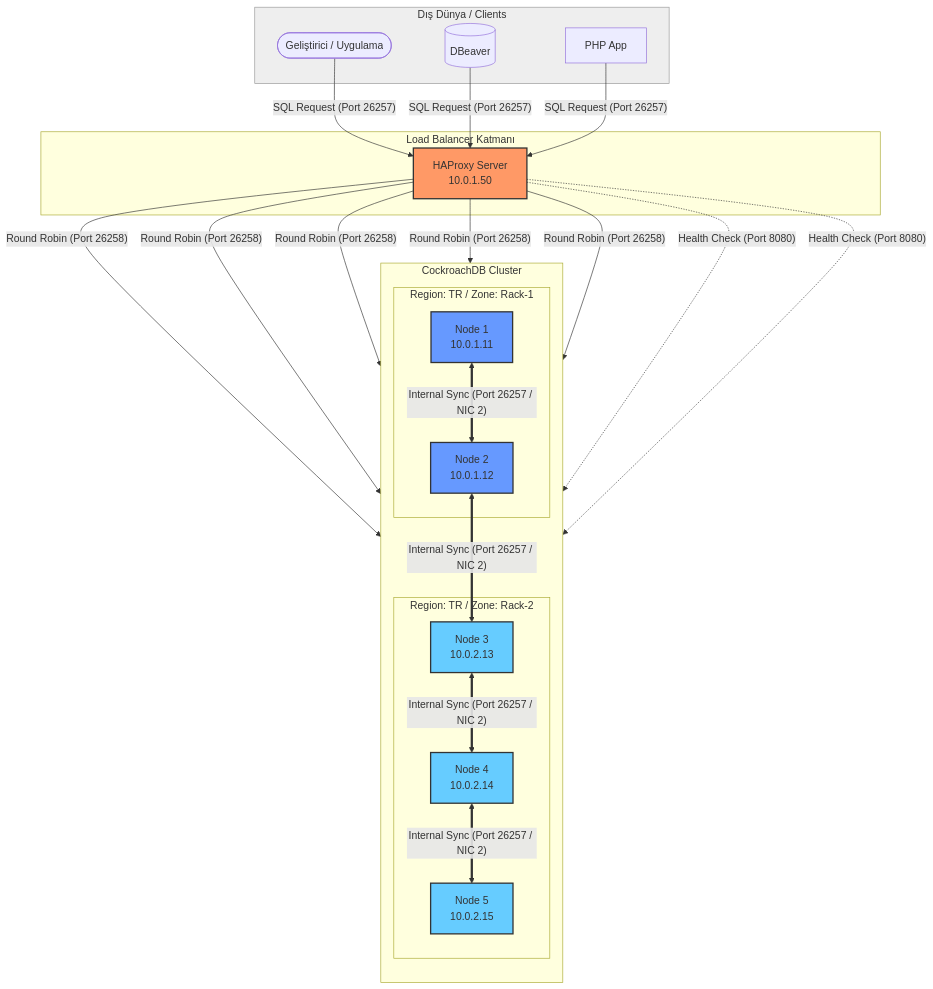
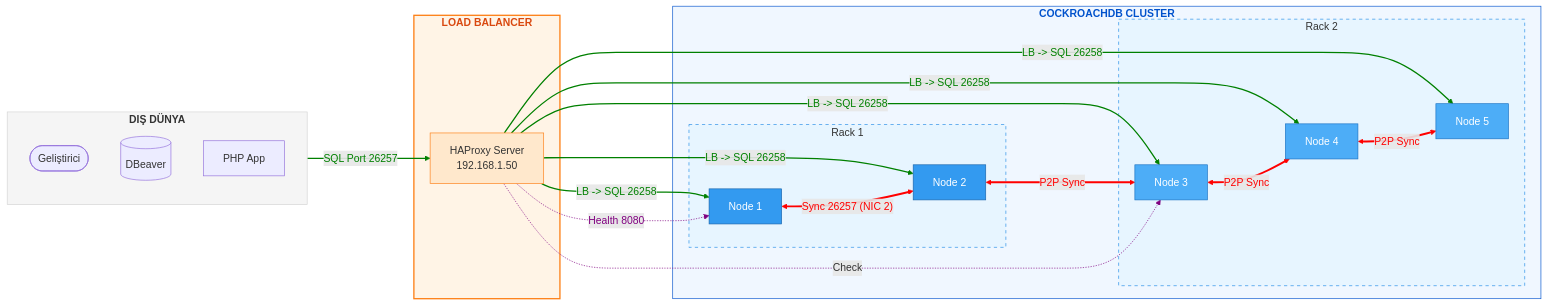
The diagram in README.md (ugurcomptech/CockroachMultiZone), drawn with Mermaid before and after one commit. The commit also changed other lines of this file, not shown here.

````diff
--- a/README.md
+++ b/README.md
@@ -7,53 +7,62 @@
 ```mermaid
-graph TD
-    subgraph External_World [Dış Dünya / Clients]
-        User([Geliştirici / Uygulama])
+graph LR
+    %% External World - Light Grey
+    subgraph Clients [<b>DIŞ DÜNYA</b>]
+        User([Geliştirici])
         DBeaver[(DBeaver)]
         PHP[PHP App]
     end
 
-    subgraph Load_Balancer_Layer [Load Balancer Katmanı]
-        HAProxy[HAProxy Server<br/>10.0.1.50]
+    %% Load Balancer - Vibrant Orange
+    subgraph LB [<b>LOAD BALANCER</b>]
+        HAProxy[HAProxy Server<br/>192.168.1.50]
     end
 
-    subgraph Cluster_Network [CockroachDB Cluster]
-        direction TB
-        subgraph Rack_1 [Region: TR / Zone: Rack-1]
-            Node1[Node 1<br/>10.0.1.11]
-            Node2[Node 2<br/>10.0.1.12]
+    %% Cluster Nodes - Distinct Blues
+    subgraph Cluster [<b>COCKROACHDB CLUSTER</b>]
+        subgraph R1 [Rack 1]
+            N1[Node 1]
+            N2[Node 2]
         end
-        subgraph Rack_2 [Region: TR / Zone: Rack-2]
-            Node3[Node 3<br/>10.0.2.13]
-            Node4[Node 4<br/>10.0.2.14]
-            Node5[Node 5<br/>10.0.2.15]
+        subgraph R2 [Rack 2]
+            N3[Node 3]
+            N4[Node 4]
+            N5[Node 5]
         end
     end
 
-    %% Bağlantılar
-    User & DBeaver & PHP -- "SQL Request (Port 26257)" --> HAProxy
-    
-    HAProxy -- "Round Robin (Port 26258)" --> Node1
-    HAProxy -- "Round Robin (Port 26258)" --> Node2
-    HAProxy -- "Round Robin (Port 26258)" --> Node3
-    HAProxy -- "Round Robin (Port 26258)" --> Node4
-    HAProxy -- "Round Robin (Port 26258)" --> Node5
+    %% Connections with Colors
+    %% SQL Traffic (Green)
+    Clients -- "<font color='green'>SQL Port 26257</font>" --> HAProxy
+    HAProxy -- "<font color='green'>LB -> SQL 26258</font>" --> N1 & N2 & N3 & N4 & N5
 
-    %% Internal Senkronizasyon
-    Node1 <== "Internal Sync (Port 26257 / NIC 2)" ==> Node2
-    Node2 <== "Internal Sync (Port 26257 / NIC 2)" ==> Node3
-    Node3 <== "Internal Sync (Port 26257 / NIC 2)" ==> Node4
-    Node4 <== "Internal Sync (Port 26257 / NIC 2)" ==> Node5
-    
-    %% Health Checks
-    HAProxy -. "Health Check (Port 8080)" .-> Node1
-    HAProxy -. "Health Check (Port 8080)" .-> Node3
+    %% Internal Sync (Red - Stronger weight)
+    N1 <== "<font color='red'>Sync 26257 (NIC 2)</font>" ==> N2
+    N2 <== "<font color='red'>P2P Sync</font>" ==> N3
+    N3 <== "<font color='red'>P2P Sync</font>" ==> N4
+    N4 <== "<font color='red'>P2P Sync</font>" ==> N5
+
+    %% Health Checks (Purple - Dashed)
+    HAProxy -. "<font color='purple'>Health 8080</font>" .-> N1
+    HAProxy -. "Check" .-> N3
 
     %% Styling
-    style HAProxy fill:#f96,stroke:#333,stroke-width:2px
-    style Node1 fill:#69f,stroke:#333,stroke-width:2px
-    style Node2 fill:#69f,stroke:#333,stroke-width:2px
-    style Node3 fill:#6cf,stroke:#333,stroke-width:2px
-    style Node4 fill:#6cf,stroke:#333,stroke-width:2px
-    style Node5 fill:#6cf,stroke:#333,stroke-width:2px
-    style External_World fill:#eee,stroke:#999
+    style Clients fill:#f5f5f5,stroke:#d4d4d4,color:#333
+    style LB fill:#fff4e6,stroke:#fd7e14,stroke-width:2px,color:#d9480f
+    style HAProxy fill:#ffe8cc,stroke:#fd7e14
+    
+    style Cluster fill:#f0f7ff,stroke:#0052cc,color:#0052cc
+    style R1 fill:#e7f5ff,stroke:#228be6,stroke-dasharray: 5 5
+    style R2 fill:#e7f5ff,stroke:#228be6,stroke-dasharray: 5 5
+    
+    style N1 fill:#339af0,stroke:#1864ab,color:#fff
+    style N2 fill:#339af0,stroke:#1864ab,color:#fff
+    style N3 fill:#4dadf7,stroke:#1971c2,color:#fff
+    style N4 fill:#4dadf7,stroke:#1971c2,color:#fff
+    style N5 fill:#4dadf7,stroke:#1971c2,color:#fff
+
+    %% Link Colors
+    linkStyle 0,1,2,3,4,5 stroke:green,stroke-width:2px
+    linkStyle 6,7,8,9 stroke:red,stroke-width:3px
+    linkStyle 10,11 stroke:purple,stroke-width:1px
 ```
````
